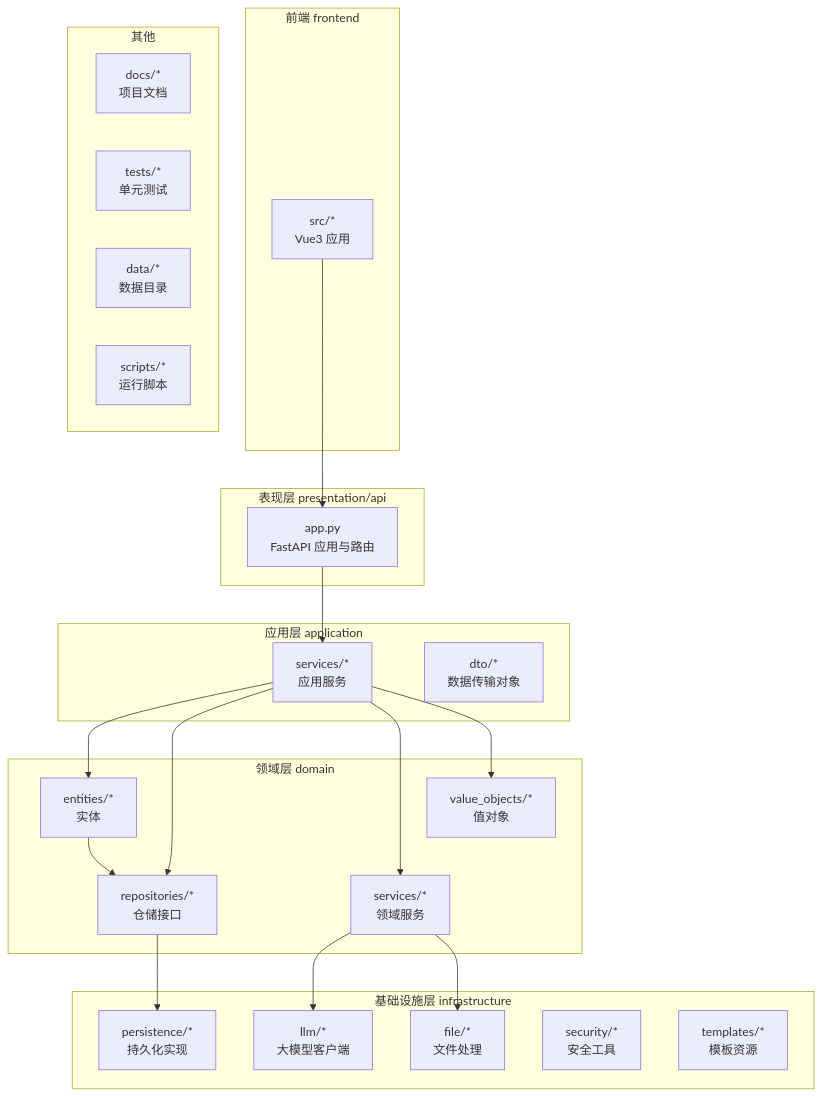
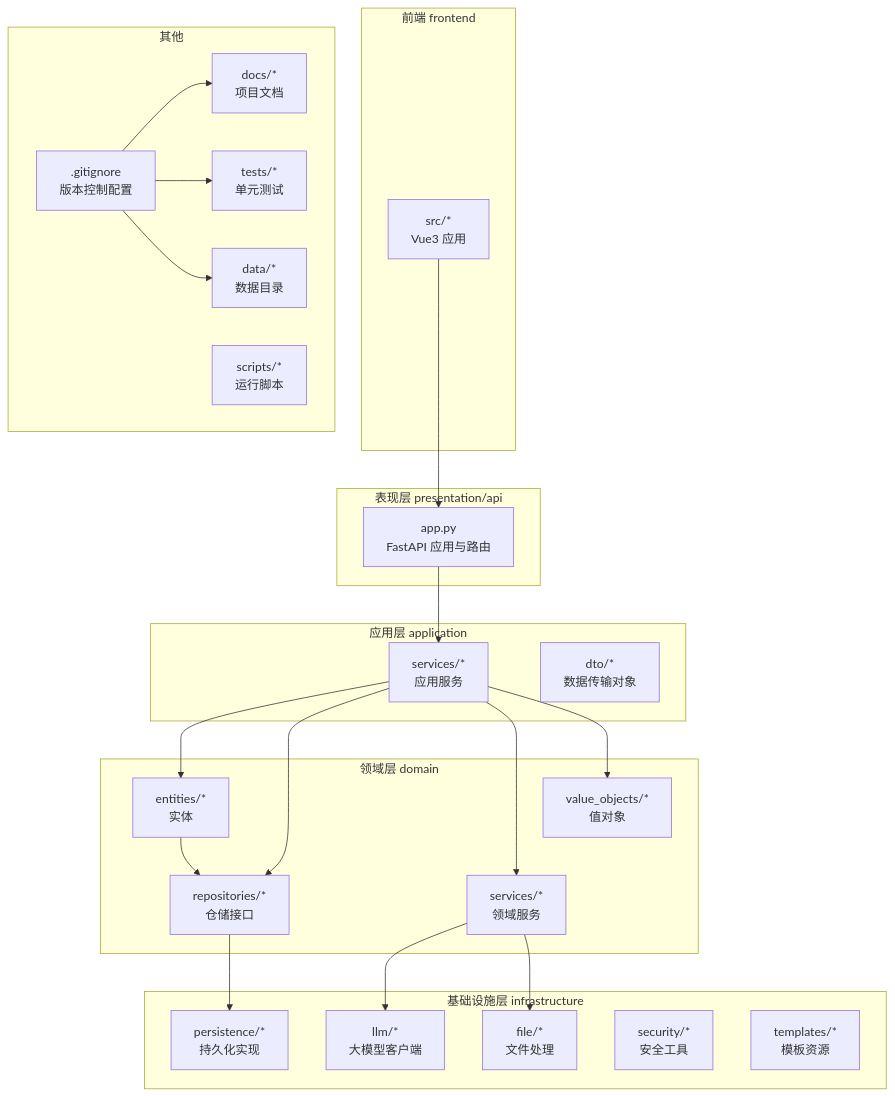
One commit to octsfm/InkTrace changed the first of 12 diagrams in .qoder/repowiki/zh/content/开发者指南.md. Above: the diagram before and after it, drawn with Mermaid. The commit also changed other lines of this file and 25 other files, not shown here.

````diff
--- a/.qoder/repowiki/zh/content/开发者指南.md
+++ b/.qoder/repowiki/zh/content/开发者指南.md
@@ -55,42 +64,46 @@
 ```mermaid
 graph TB
 subgraph "表现层 presentation/api"
 A["app.py<br/>FastAPI 应用与路由"]
 end
 subgraph "应用层 application"
 B["services/*<br/>应用服务"]
 C["dto/*<br/>数据传输对象"]
 end
 subgraph "领域层 domain"
 D["entities/*<br/>实体"]
 E["repositories/*<br/>仓储接口"]
 F["services/*<br/>领域服务"]
 G["value_objects/*<br/>值对象"]
 end
 subgraph "基础设施层 infrastructure"
 H["llm/*<br/>大模型客户端"]
 I["persistence/*<br/>持久化实现"]
 J["file/*<br/>文件处理"]
 K["security/*<br/>安全工具"]
 L["templates/*<br/>模板资源"]
 end
 subgraph "前端 frontend"
 M["src/*<br/>Vue3 应用"]
 end
 subgraph "其他"
 N["docs/*<br/>项目文档"]
 O["tests/*<br/>单元测试"]
 P["data/*<br/>数据目录"]
 Q["scripts/*<br/>运行脚本"]
+R[".gitignore<br/>版本控制配置"]
 end
 A --> B
 B --> D
 B --> E
 B --> F
 B --> G
 D --> E
 F --> H
 E --> I
 F --> J
 M --> A
+R --> N
+R --> O
+R --> P
 ```
````
